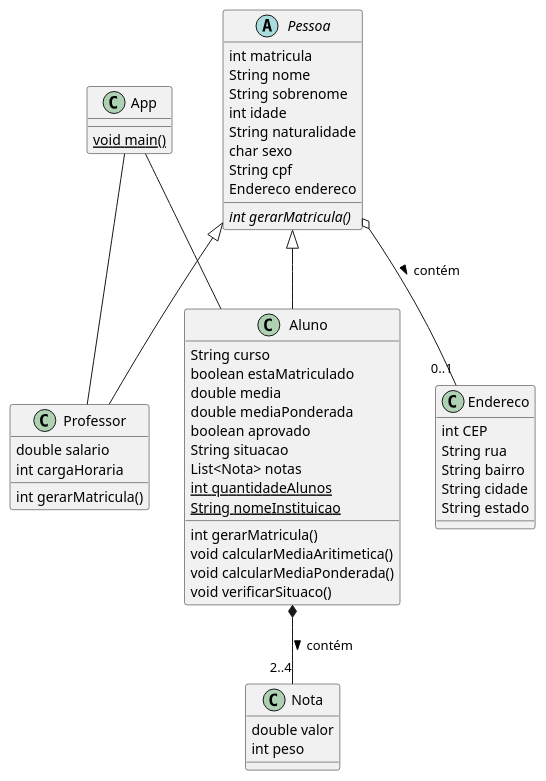
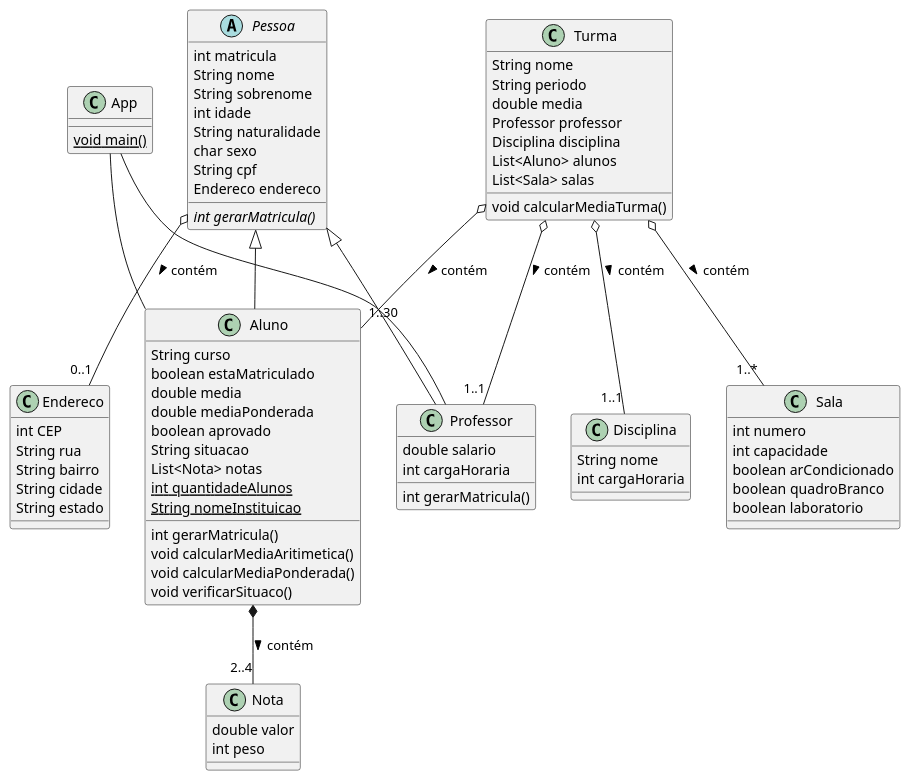
The diagram in diagramas/DiagramaClasse.wsd (diegoarmandoo/academico-api), drawn with PlantUML before and after one commit.

Commit message:
feat:(Diagramas): refatora o diagrama para representar as novas funcionalidades
- Classe Disciplina e seus atributos
- Classe Sala e seus atributos
- Classe Turma seus atributos e comportamentos
- Associações Estruturais de Agregação entre turma e professor, turma e disciplina, turma e aluno e turma e sala

```diff
--- a/diagramas/DiagramaClasse.wsd
+++ b/diagramas/DiagramaClasse.wsd
@@ -1,65 +1,96 @@
 @startuml Academico
 
     Class App {
         {static} void main()
     }
 
     Class Endereco {
         int CEP
         String rua
         String bairro
         String cidade
         String estado
     }
 
     abstract Class Pessoa {
         int matricula
         String nome
         String sobrenome
         int idade
         String naturalidade
         char sexo
         String cpf
         Endereco endereco
 
         {abstract} int gerarMatricula()
     }
 
     Class Nota {
         double valor
         int peso
     }
 
     Class Aluno {
         String curso 
         boolean estaMatriculado
         double media
         double mediaPonderada
         boolean aprovado
         String situacao
         List<Nota> notas
         {static} int quantidadeAlunos
         {static} String nomeInstituicao
 
         int gerarMatricula()
         void calcularMediaAritimetica()
         void calcularMediaPonderada()
         void verificarSituaco()
     }
 
     Class Professor {
         double salario
         int cargaHoraria
         
         int gerarMatricula()
     }
 
+    Class Disciplina {
+        String nome
+        int cargaHoraria
+    }
+
+    Class Sala {
+        int numero
+        int capacidade
+        boolean arCondicionado
+        boolean quadroBranco
+        boolean laboratorio
+    }
+
+    Class Turma {
+        String nome
+        String periodo
+        double media
+        Professor professor
+        Disciplina disciplina
+        List<Aluno> alunos
+        List<Sala> salas
+
+        void calcularMediaTurma()
+    }
+
     App -- Aluno
     App -- Professor
 
     Pessoa <|-- Aluno
     Pessoa <|-- Professor
     Pessoa o-- "0..1" Endereco : contém >
+
     Aluno *-- "2..4" Nota : contém >
 
+    Turma o-- "1..1" Professor : contém >
+    Turma o-- "1..1" Disciplina : contém >
+    Turma o-- "1..30" Aluno : contém >
+    Turma o-- "1..*" Sala : contém >
+
 @enduml
```
